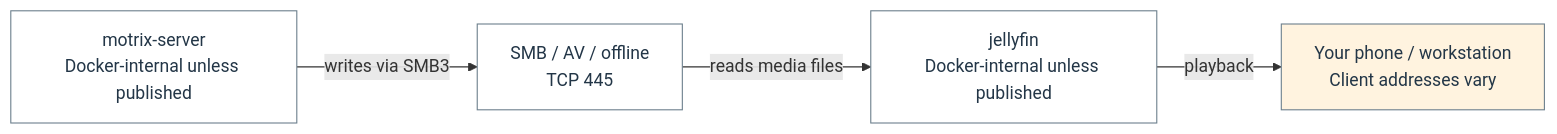
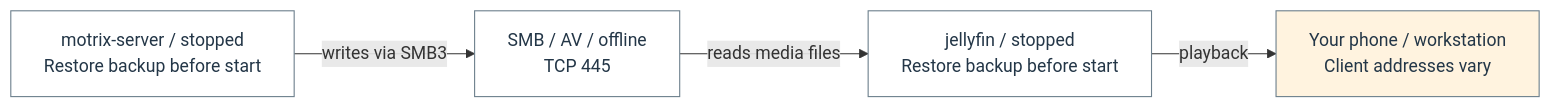
One commit to Harsh-2002/Homelab changed diagram 15 of 22 in docs/architecture/homelab-mermaid.md. Above: the diagram before and after it, drawn with Mermaid. The commit also changed other lines of this file and 77 other files, not shown here.

````diff
--- a/docs/architecture/homelab-mermaid.md
+++ b/docs/architecture/homelab-mermaid.md
@@ -501,14 +507,14 @@
 ```mermaid
 flowchart LR
-  n_flow_18_0["motrix-server<br/>Docker-internal unless published"]
+  n_flow_18_0["motrix-server / stopped<br/>Restore backup before start"]
   n_flow_18_1["SMB / AV / offline<br/>TCP 445"]
-  n_flow_18_2["jellyfin<br/>Docker-internal unless published"]
+  n_flow_18_2["jellyfin / stopped<br/>Restore backup before start"]
   n_flow_18_3["Your phone / workstation<br/>Client addresses vary"]
   n_flow_18_0 -->|"writes via SMB3"| n_flow_18_1
   n_flow_18_1 -->|"reads media files"| n_flow_18_2
   n_flow_18_2 -->|"playback"| n_flow_18_3
   classDef c_flow_18_0 fill:#ffffff,stroke:#6c7f8c,color:#233647;
   class n_flow_18_0,n_flow_18_1,n_flow_18_2 c_flow_18_0;
   classDef c_flow_18_1 fill:#fff3df,stroke:#6c7f8c,color:#233647;
   class n_flow_18_3 c_flow_18_1;
 ```
````
